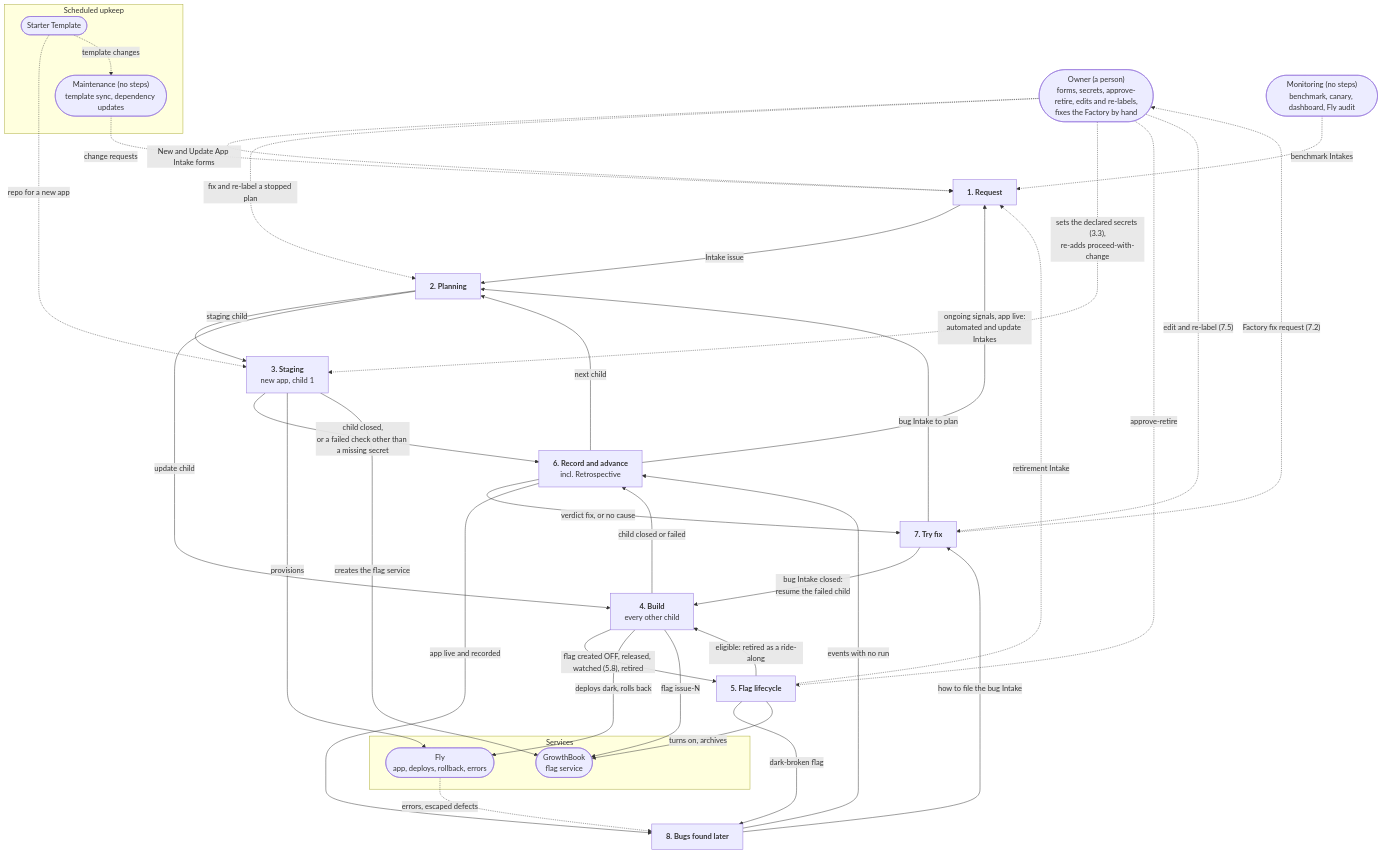
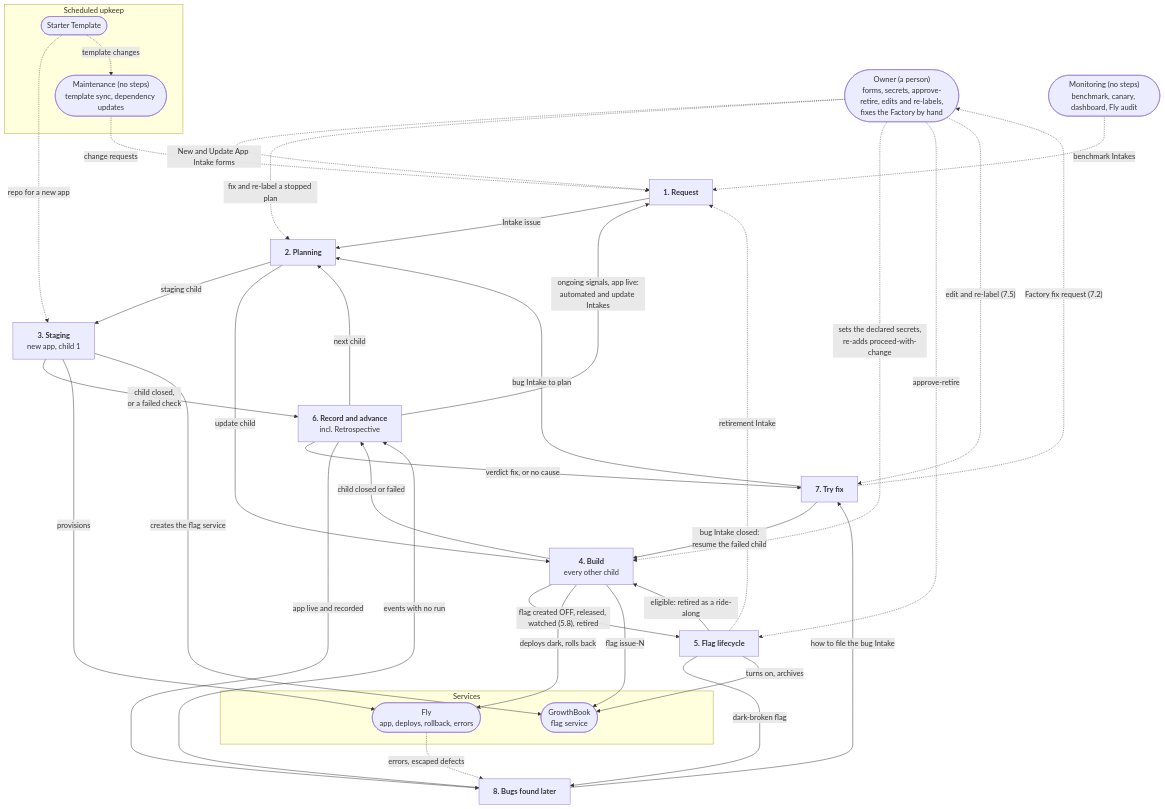
Before and after one commit to ojones/ai-factory: the second of 3 diagrams in docs/flow-spec.md, drawn with Mermaid. The commit also changed other lines of this file and 10 other files, not shown here.

First line of the commit message:
Build 3: one secret check at the start of every Build Run

````diff
--- a/docs/flow-spec.md
+++ b/docs/flow-spec.md
@@ -191,59 +188,59 @@
 ```mermaid
 flowchart TD
     owner(["Owner (a person)<br/>forms, secrets, approve-retire, edits and re-labels,<br/>fixes the Factory by hand"])
     mon(["Monitoring (no steps)<br/>benchmark, canary, dashboard, Fly audit"])
 
     subgraph upkeep["Scheduled upkeep"]
         maint(["Maintenance (no steps)<br/>template sync, dependency updates"])
         starter(["Starter Template"])
     end
 
     subgraph services["Services"]
         fly(["Fly<br/>app, deploys, rollback, errors"])
         gb(["GrowthBook<br/>flag service"])
     end
 
     G1["<b>1. Request</b>"]
     G2["<b>2. Planning</b>"]
     G3["<b>3. Staging</b><br/>new app, child 1"]
     G4["<b>4. Build</b><br/>every other child"]
     G5["<b>5. Flag lifecycle</b>"]
     G6["<b>6. Record and advance</b><br/>incl. Retrospective"]
     G7["<b>7. Try fix</b>"]
     G8["<b>8. Bugs found later</b>"]
 
     G1 -->|"Intake issue"| G2
     G2 -->|"staging child"| G3
     G2 -->|"update child"| G4
-    G3 -->|"child closed,<br/>or a failed check other than a missing secret"| G6
+    G3 -->|"child closed,<br/>or a failed check"| G6
     G4 -->|"child closed or failed"| G6
     G4 -->|"flag created OFF, released, watched (5.8), retired"| G5
     G5 -->|"eligible: retired as a ride-along"| G4
     G5 -.->|"retirement Intake"| G1
     G5 -->|"dark-broken flag"| G8
     G6 -->|"next child"| G2
     G6 -->|"ongoing signals, app live:<br/>automated and update Intakes"| G1
     G6 -->|"verdict fix, or no cause"| G7
     G6 -->|"app live and recorded"| G8
     G8 -->|"events with no run"| G6
     G8 -->|"how to file the bug Intake"| G7
     G7 -->|"bug Intake to plan"| G2
     G7 -->|"bug Intake closed:<br/>resume the failed child"| G4
 
     owner -.->|"New and Update App Intake forms"| G1
     owner -.->|"fix and re-label a stopped plan"| G2
-    owner -.->|"sets the declared secrets (3.3),<br/>re-adds proceed-with-change"| G3
+    owner -.->|"sets the declared secrets,<br/>re-adds proceed-with-change"| G4
     owner -.->|"approve-retire"| G5
     owner -.->|"edit and re-label (7.5)"| G7
     G7 -.->|"Factory fix request (7.2)"| owner
     maint -.->|"change requests"| G1
     starter -.->|"repo for a new app"| G3
     starter -.->|"template changes"| maint
     mon -.->|"benchmark Intakes"| G1
     G3 -->|"provisions"| fly
     G4 -->|"deploys dark, rolls back"| fly
     fly -.->|"errors, escaped defects"| G8
     G3 -->|"creates the flag service"| gb
     G4 -->|"flag issue-N"| gb
     G5 -->|"turns on, archives"| gb
 ```
````
